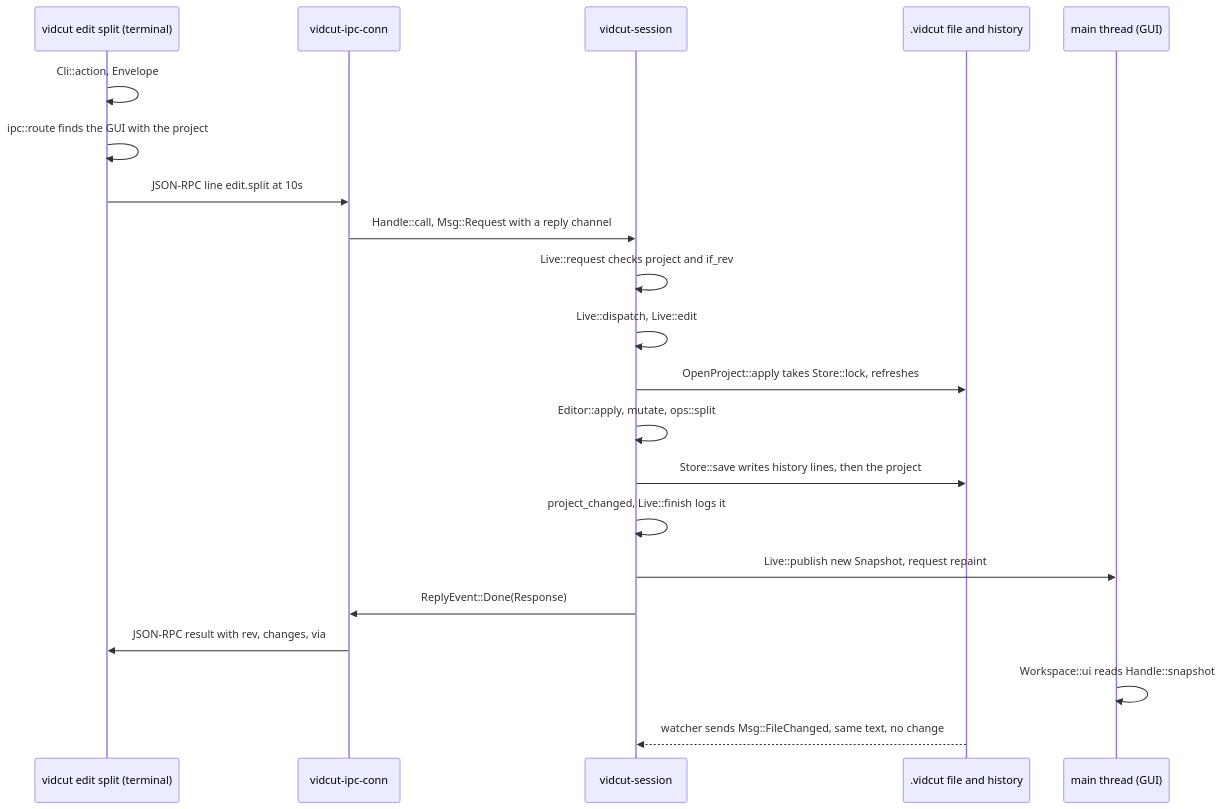
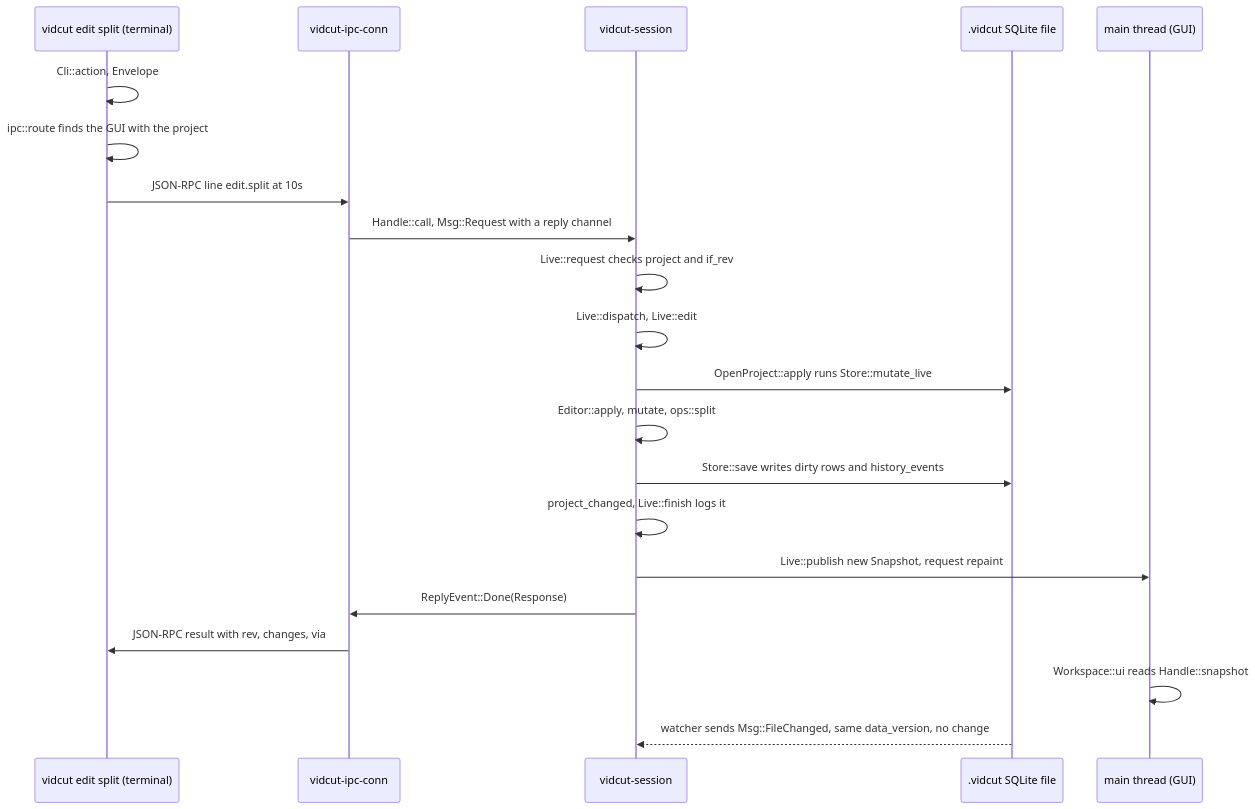
The second of 2 diagrams in docs/design/requests.md (oittaa/vidcut), drawn with Mermaid before and after one commit. The commit also changed other lines of this file and 6 other files, not shown here.

Commit message:
Docs: document SQLite project store and integrated undo history

````diff
--- a/docs/design/requests.md
+++ b/docs/design/requests.md
@@ -86,23 +86,23 @@
 ```mermaid
 sequenceDiagram
   participant T as vidcut edit split (terminal)
   participant C as vidcut-ipc-conn
   participant S as vidcut-session
-  participant F as .vidcut file and history
+  participant F as .vidcut SQLite file
   participant U as main thread (GUI)
   T->>T: Cli::action, Envelope
   T->>T: ipc::route finds the GUI with the project
   T->>C: JSON-RPC line edit.split at 10s
   C->>S: Handle::call, Msg::Request with a reply channel
   S->>S: Live::request checks project and if_rev
   S->>S: Live::dispatch, Live::edit
-  S->>F: OpenProject::apply takes Store::lock, refreshes
+  S->>F: OpenProject::apply runs Store::mutate_live
   S->>S: Editor::apply, mutate, ops::split
-  S->>F: Store::save writes history lines, then the project
+  S->>F: Store::save writes dirty rows and history_events
   S->>S: project_changed, Live::finish logs it
   S->>U: Live::publish new Snapshot, request repaint
   S->>C: ReplyEvent::Done(Response)
   C->>T: JSON-RPC result with rev, changes, via
   U->>U: Workspace::ui reads Handle::snapshot
-  F-->>S: watcher sends Msg::FileChanged, same text, no change
+  F-->>S: watcher sends Msg::FileChanged, same data_version, no change
 ```
````
